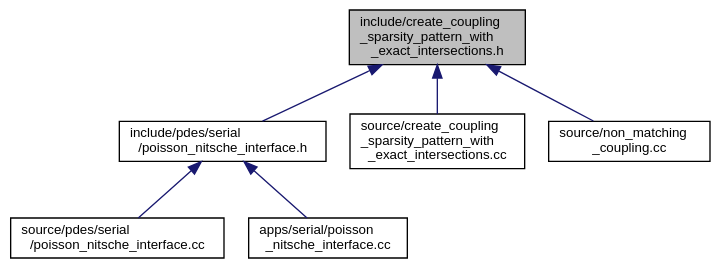
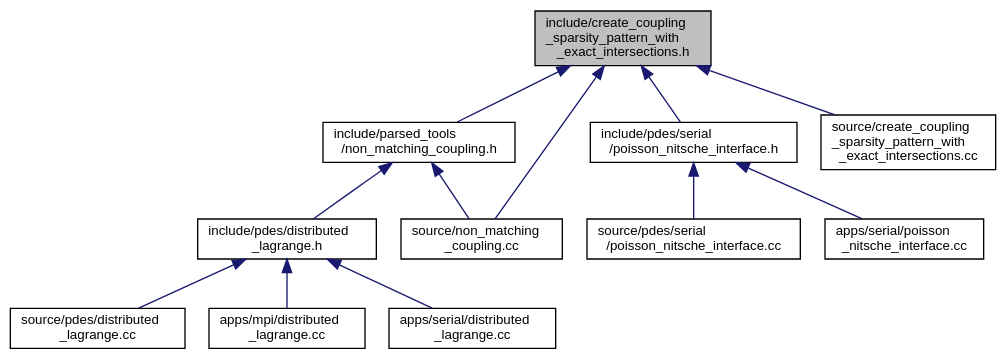
One commit to luca-heltai/fsi-suite changed the diagram in create__coupling__sparsity__pattern__with__exact__intersections_8h__dep__incl.dot. Above: the diagram before and after it, drawn with Graphviz. The commit also changed 1033 other files, not shown here.

```diff
--- a/create__coupling__sparsity__pattern__with__exact__intersections_8h__dep__incl.dot
+++ b/create__coupling__sparsity__pattern__with__exact__intersections_8h__dep__incl.dot
@@ -1,18 +1,29 @@
 digraph "include/create_coupling_sparsity_pattern_with_exact_intersections.h"
 {
  // LATEX_PDF_SIZE
   bgcolor="transparent";
   edge [fontname="Helvetica",fontsize="10",labelfontname="Helvetica",labelfontsize="10"];
   node [fontname="Helvetica",fontsize="10",shape=record];
   Node1 [label="include/create_coupling\l_sparsity_pattern_with\l_exact_intersections.h",height=0.2,width=0.4,color="black", fillcolor="grey75", style="filled", fontcolor="black",tooltip=" "];
   Node1 -> Node2 [dir="back",color="midnightblue",fontsize="10",style="solid",fontname="Helvetica"];
-  Node2 [label="include/pdes/serial\l/poisson_nitsche_interface.h",height=0.2,width=0.4,color="black",URL="$poisson__nitsche__interface_8h.html",tooltip=" "];
+  Node2 [label="include/parsed_tools\l/non_matching_coupling.h",height=0.2,width=0.4,color="black",URL="$non__matching__coupling_8h.html",tooltip=" "];
   Node2 -> Node3 [dir="back",color="midnightblue",fontsize="10",style="solid",fontname="Helvetica"];
-  Node3 [label="source/pdes/serial\l/poisson_nitsche_interface.cc",height=0.2,width=0.4,color="black",URL="$source_2pdes_2serial_2poisson__nitsche__interface_8cc.html",tooltip=" "];
-  Node2 -> Node4 [dir="back",color="midnightblue",fontsize="10",style="solid",fontname="Helvetica"];
-  Node4 [label="apps/serial/poisson\l_nitsche_interface.cc",height=0.2,width=0.4,color="black",URL="$apps_2serial_2poisson__nitsche__interface_8cc.html",tooltip=" "];
-  Node1 -> Node5 [dir="back",color="midnightblue",fontsize="10",style="solid",fontname="Helvetica"];
-  Node5 [label="source/create_coupling\l_sparsity_pattern_with\l_exact_intersections.cc",height=0.2,width=0.4,color="black",URL="$create__coupling__sparsity__pattern__with__exact__intersections_8cc.html",tooltip=" "];
-  Node1 -> Node6 [dir="back",color="midnightblue",fontsize="10",style="solid",fontname="Helvetica"];
-  Node6 [label="source/non_matching\l_coupling.cc",height=0.2,width=0.4,color="black",URL="$non__matching__coupling_8cc.html",tooltip=" "];
+  Node3 [label="include/pdes/distributed\l_lagrange.h",height=0.2,width=0.4,color="black",URL="$distributed__lagrange_8h.html",tooltip=" "];
+  Node3 -> Node4 [dir="back",color="midnightblue",fontsize="10",style="solid",fontname="Helvetica"];
+  Node4 [label="source/pdes/distributed\l_lagrange.cc",height=0.2,width=0.4,color="black",URL="$source_2pdes_2distributed__lagrange_8cc.html",tooltip=" "];
+  Node3 -> Node5 [dir="back",color="midnightblue",fontsize="10",style="solid",fontname="Helvetica"];
+  Node5 [label="apps/mpi/distributed\l_lagrange.cc",height=0.2,width=0.4,color="black",URL="$apps_2mpi_2distributed__lagrange_8cc.html",tooltip=" "];
+  Node3 -> Node6 [dir="back",color="midnightblue",fontsize="10",style="solid",fontname="Helvetica"];
+  Node6 [label="apps/serial/distributed\l_lagrange.cc",height=0.2,width=0.4,color="black",URL="$apps_2serial_2distributed__lagrange_8cc.html",tooltip=" "];
+  Node2 -> Node7 [dir="back",color="midnightblue",fontsize="10",style="solid",fontname="Helvetica"];
+  Node7 [label="source/non_matching\l_coupling.cc",height=0.2,width=0.4,color="black",URL="$non__matching__coupling_8cc.html",tooltip=" "];
+  Node1 -> Node8 [dir="back",color="midnightblue",fontsize="10",style="solid",fontname="Helvetica"];
+  Node8 [label="include/pdes/serial\l/poisson_nitsche_interface.h",height=0.2,width=0.4,color="black",URL="$poisson__nitsche__interface_8h.html",tooltip=" "];
+  Node8 -> Node9 [dir="back",color="midnightblue",fontsize="10",style="solid",fontname="Helvetica"];
+  Node9 [label="source/pdes/serial\l/poisson_nitsche_interface.cc",height=0.2,width=0.4,color="black",URL="$source_2pdes_2serial_2poisson__nitsche__interface_8cc.html",tooltip=" "];
+  Node8 -> Node10 [dir="back",color="midnightblue",fontsize="10",style="solid",fontname="Helvetica"];
+  Node10 [label="apps/serial/poisson\l_nitsche_interface.cc",height=0.2,width=0.4,color="black",URL="$apps_2serial_2poisson__nitsche__interface_8cc.html",tooltip=" "];
+  Node1 -> Node11 [dir="back",color="midnightblue",fontsize="10",style="solid",fontname="Helvetica"];
+  Node11 [label="source/create_coupling\l_sparsity_pattern_with\l_exact_intersections.cc",height=0.2,width=0.4,color="black",URL="$create__coupling__sparsity__pattern__with__exact__intersections_8cc.html",tooltip=" "];
+  Node1 -> Node7 [dir="back",color="midnightblue",fontsize="10",style="solid",fontname="Helvetica"];
 }
```
